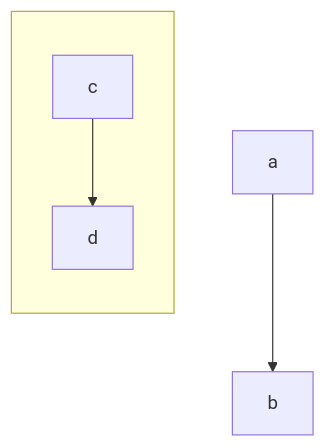
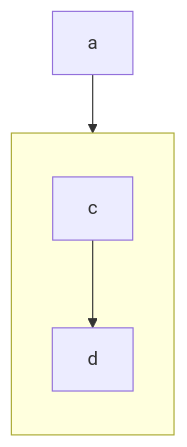
The diagram in Readme.md (NimalAthith/LetSpringBoot), drawn with Mermaid before and after one commit.

````diff
--- a/Readme.md
+++ b/Readme.md
@@ -5,9 +5,9 @@
 ```mermaid
 flowchart TD;
-a-->b
+a-->e
 
 subgraph e[" "]
 direction TB
 c --> d
 end
 ```
````
